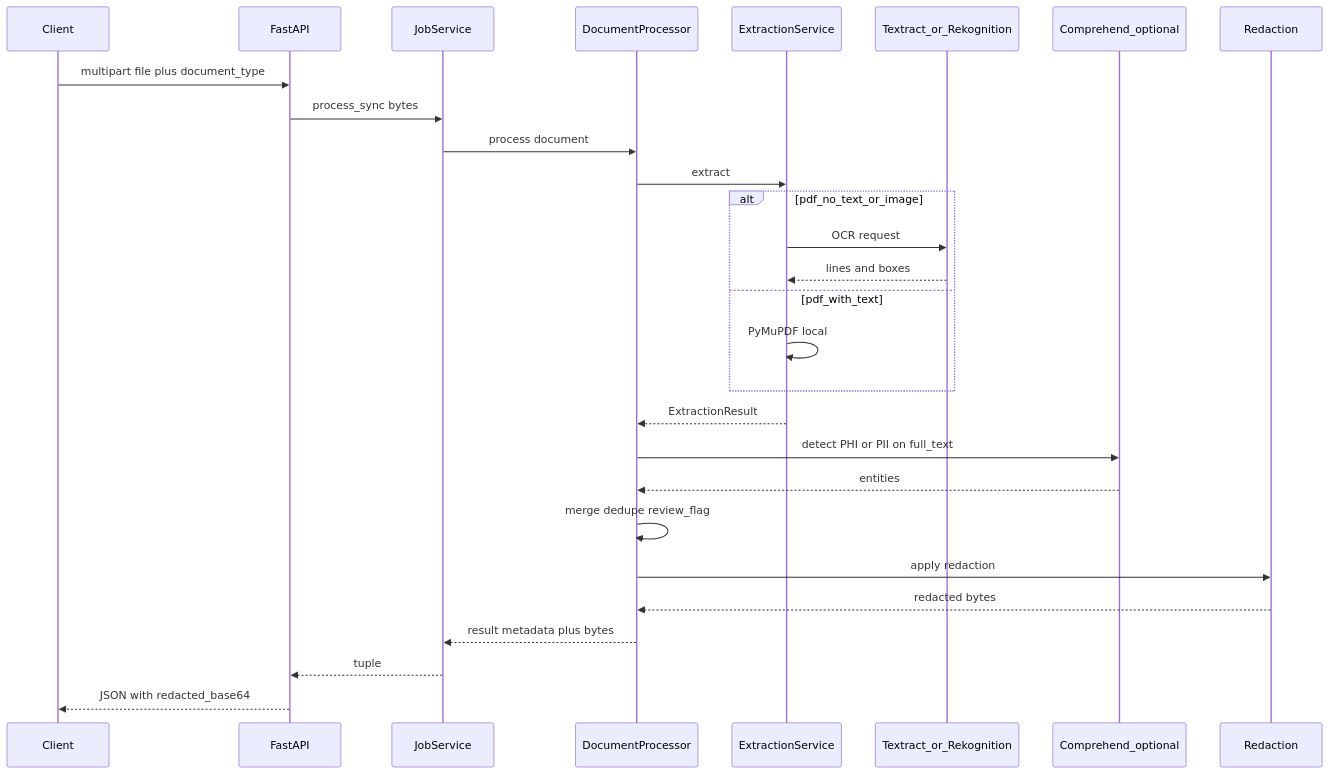
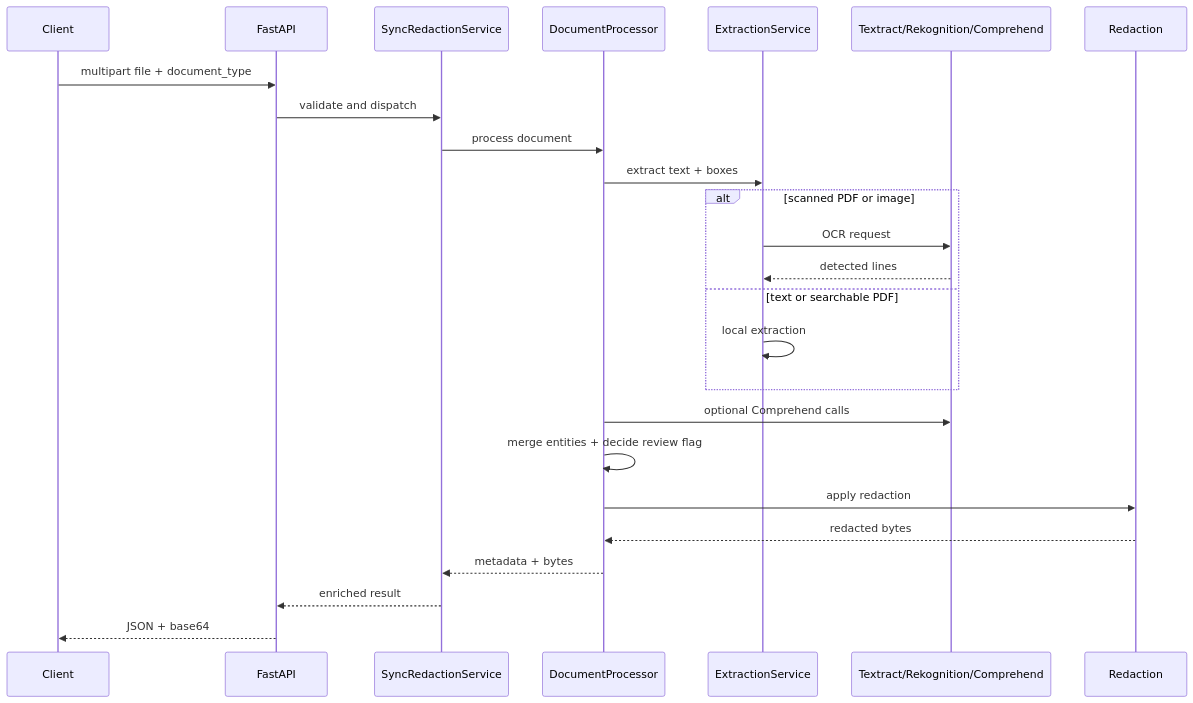
Before and after one commit to rosadigital/centennialCollege_cloudML_MedicalDocumentRedaction: the diagram in server/README.md, drawn with Mermaid. The commit also changed other lines of this file and 30 other files, not shown here.

First line of the commit message:
Simplify server to a synchronous-only redaction flow.

````diff
--- a/server/README.md
+++ b/server/README.md
@@ -85,31 +37,28 @@
 ```mermaid
 sequenceDiagram
   participant Client
   participant API as FastAPI
-  participant JS as JobService
+  participant SR as SyncRedactionService
   participant DP as DocumentProcessor
   participant ES as ExtractionService
-  participant AWS as Textract_or_Rekognition
-  participant CD as Comprehend_optional
+  participant AWS as Textract/Rekognition/Comprehend
   participant RD as Redaction
 
-  Client->>API: multipart file plus document_type
-  API->>JS: process_sync bytes
-  JS->>DP: process document
-  DP->>ES: extract
-  alt pdf_no_text_or_image
+  Client->>API: multipart file + document_type
+  API->>SR: validate and dispatch
+  SR->>DP: process document
+  DP->>ES: extract text + boxes
+  alt scanned PDF or image
     ES->>AWS: OCR request
-    AWS-->>ES: lines and boxes
-  else pdf_with_text
-    ES->>ES: PyMuPDF local
+    AWS-->>ES: detected lines
+  else text or searchable PDF
+    ES->>ES: local extraction
   end
-  ES-->>DP: ExtractionResult
-  DP->>CD: detect PHI or PII on full_text
-  CD-->>DP: entities
-  DP->>DP: merge dedupe review_flag
+  DP->>AWS: optional Comprehend calls
+  DP->>DP: merge entities + decide review flag
   DP->>RD: apply redaction
   RD-->>DP: redacted bytes
-  DP-->>JS: result metadata plus bytes
-  JS-->>API: tuple
-  API-->>Client: JSON with redacted_base64
+  DP-->>SR: metadata + bytes
+  SR-->>API: enriched result
+  API-->>Client: JSON + base64
 ```
````
